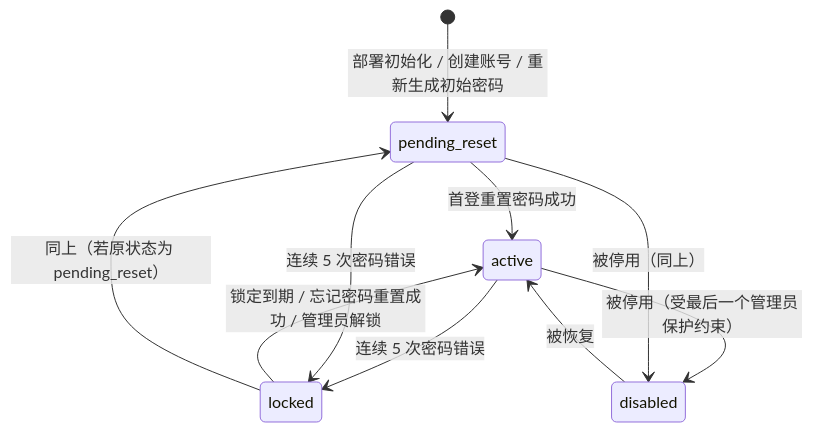
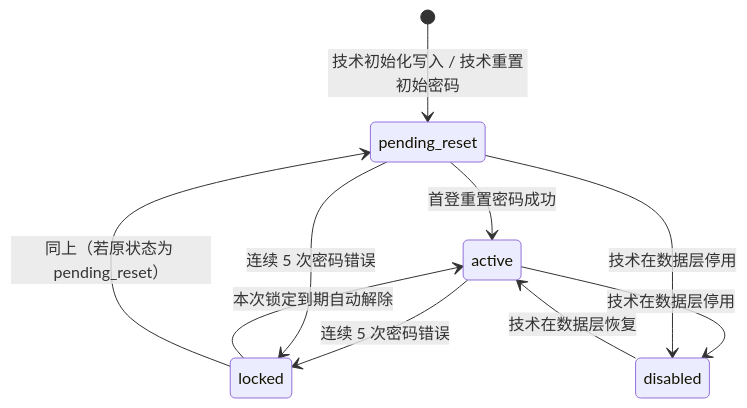
The seventh of 11 diagrams in prd/v1.0-账户与登录-PRD.md (wxblockchain/Chain-Financing), drawn with Mermaid before and after one commit. The commit also changed other lines of this file, not shown here.

````diff
--- a/prd/v1.0-账户与登录-PRD.md
+++ b/prd/v1.0-账户与登录-PRD.md
@@ -1226,12 +1234,12 @@
 ```mermaid
 stateDiagram-v2
-    [*] --> pending_reset: 部署初始化 / 创建账号 / 重新生成初始密码
+    [*] --> pending_reset: 技术初始化写入 / 技术重置初始密码
     pending_reset --> active: 首登重置密码成功
     active --> locked: 连续 5 次密码错误
     pending_reset --> locked: 连续 5 次密码错误
-    locked --> active: 锁定到期 / 忘记密码重置成功 / 管理员解锁
+    locked --> active: 本次锁定到期自动解除
     locked --> pending_reset: 同上（若原状态为 pending_reset）
-    active --> disabled: 被停用（受最后一个管理员保护约束）
-    pending_reset --> disabled: 被停用（同上）
-    disabled --> active: 被恢复
+    active --> disabled: 技术在数据层停用
+    pending_reset --> disabled: 技术在数据层停用
+    disabled --> active: 技术在数据层恢复
 ```
````
